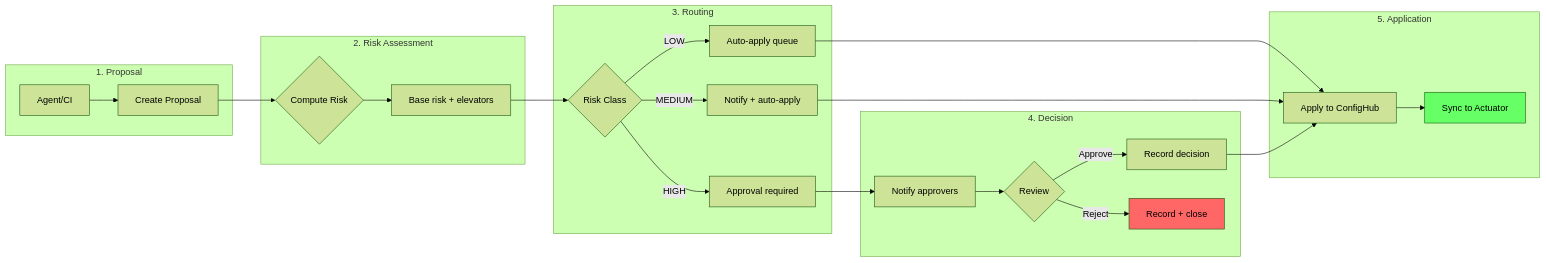
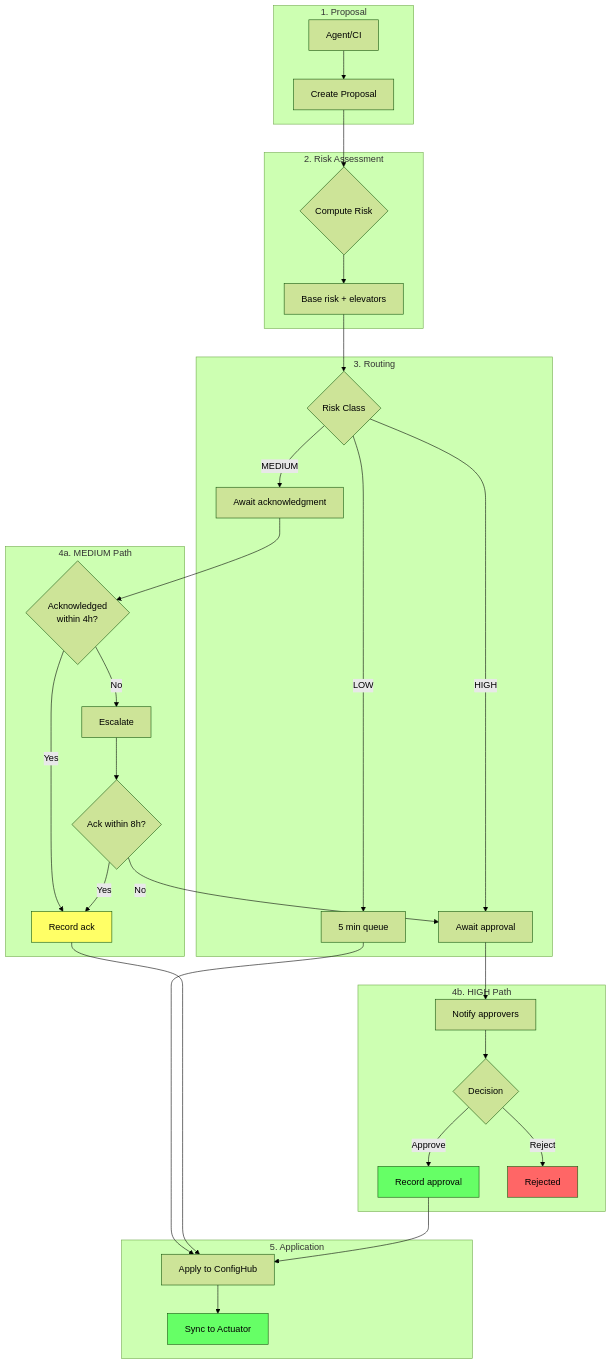
Before and after one commit to davetashner/serverless-message-wall-demo: the diagram in docs/design-approval-gates.md, drawn with Mermaid (forest theme). The commit also changed other lines of this file and 4 other files, not shown here.

First line of the commit message:
ISSUE-20.3: Strengthen MEDIUM risk auto-approve design

````diff
--- a/docs/design-approval-gates.md
+++ b/docs/design-approval-gates.md
@@ -31,35 +81,46 @@
 ```mermaid
-flowchart LR
+flowchart TD
     subgraph "1. Proposal"
         A[Agent/CI] --> B[Create Proposal]
     end
 
     subgraph "2. Risk Assessment"
         B --> C{Compute Risk}
         C --> D[Base risk + elevators]
     end
 
     subgraph "3. Routing"
         D --> E{Risk Class}
-        E -->|LOW| F[Auto-apply queue]
-        E -->|MEDIUM| G[Notify + auto-apply]
-        E -->|HIGH| H[Approval required]
+        E -->|LOW| F[5 min queue]
+        E -->|MEDIUM| G[Await acknowledgment]
+        E -->|HIGH| H[Await approval]
     end
 
-    subgraph "4. Decision"
+    subgraph "4a. MEDIUM Path"
+        G --> G1{Acknowledged<br/>within 4h?}
+        G1 -->|Yes| G2[Record ack]
+        G1 -->|No| G3[Escalate]
+        G3 --> G4{Ack within 8h?}
+        G4 -->|Yes| G2
+        G4 -->|No| H
+    end
+
+    subgraph "4b. HIGH Path"
         H --> I[Notify approvers]
-        I --> J{Review}
-        J -->|Approve| K[Record decision]
-        J -->|Reject| L[Record + close]
+        I --> J{Decision}
+        J -->|Approve| K[Record approval]
+        J -->|Reject| L[Rejected]
     end
 
     subgraph "5. Application"
         F --> M[Apply to ConfigHub]
-        G --> M
+        G2 --> M
         K --> M
         M --> N[Sync to Actuator]
     end
 
     style L fill:#f66
     style N fill:#6f6
+    style G2 fill:#ff6
+    style K fill:#6f6
 ```
````
